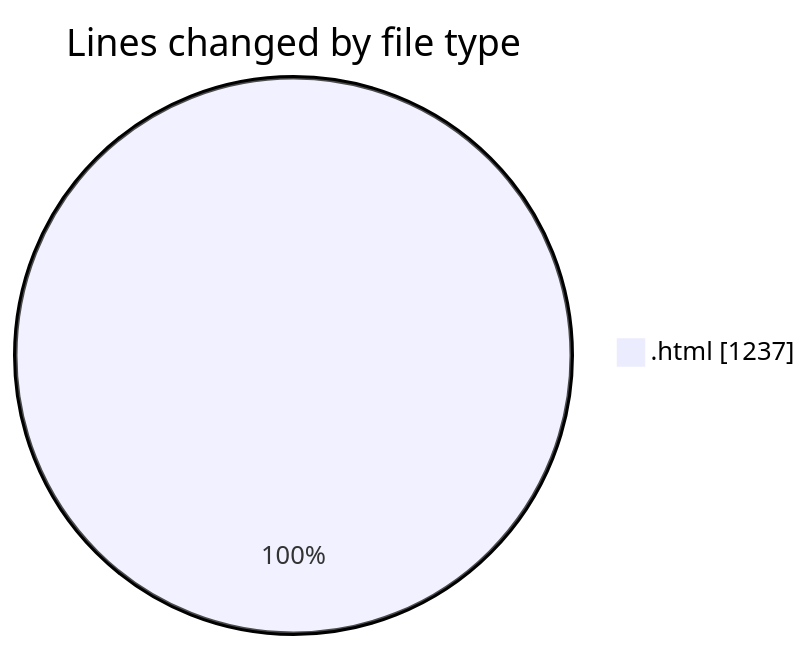
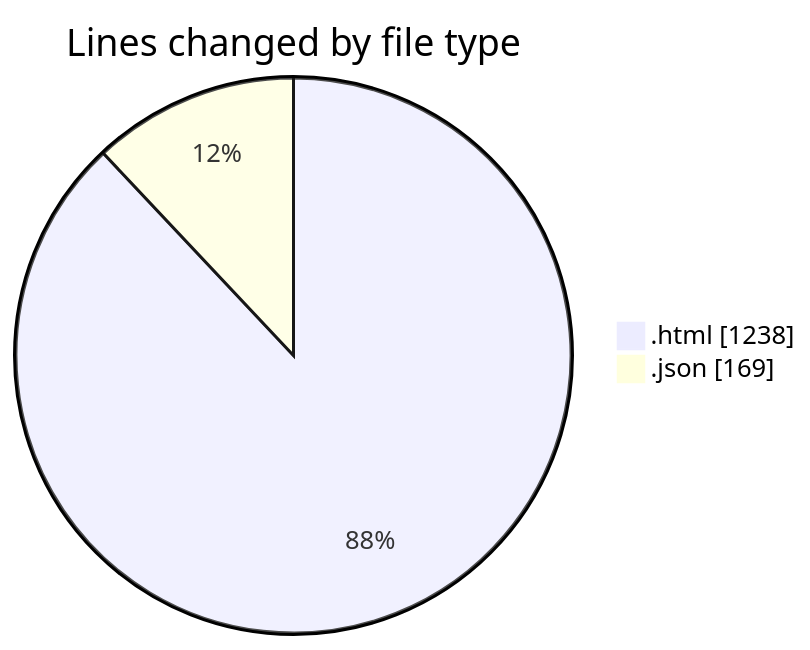
Before and after one commit to Ritupan-Deka/code-tracking: the first of 2 diagrams in 2025-04-27/portfolio/README.md, drawn with Mermaid. The commit also changed other lines of this file and 1 other file, not shown here.

````diff
--- a/2025-04-27/portfolio/README.md
+++ b/2025-04-27/portfolio/README.md
@@ -20,5 +21,6 @@
 ```mermaid
 pie showData
 title Lines changed by file type
-".html" : 1237
+".html" : 1238
+".json" : 169
 ```
````
